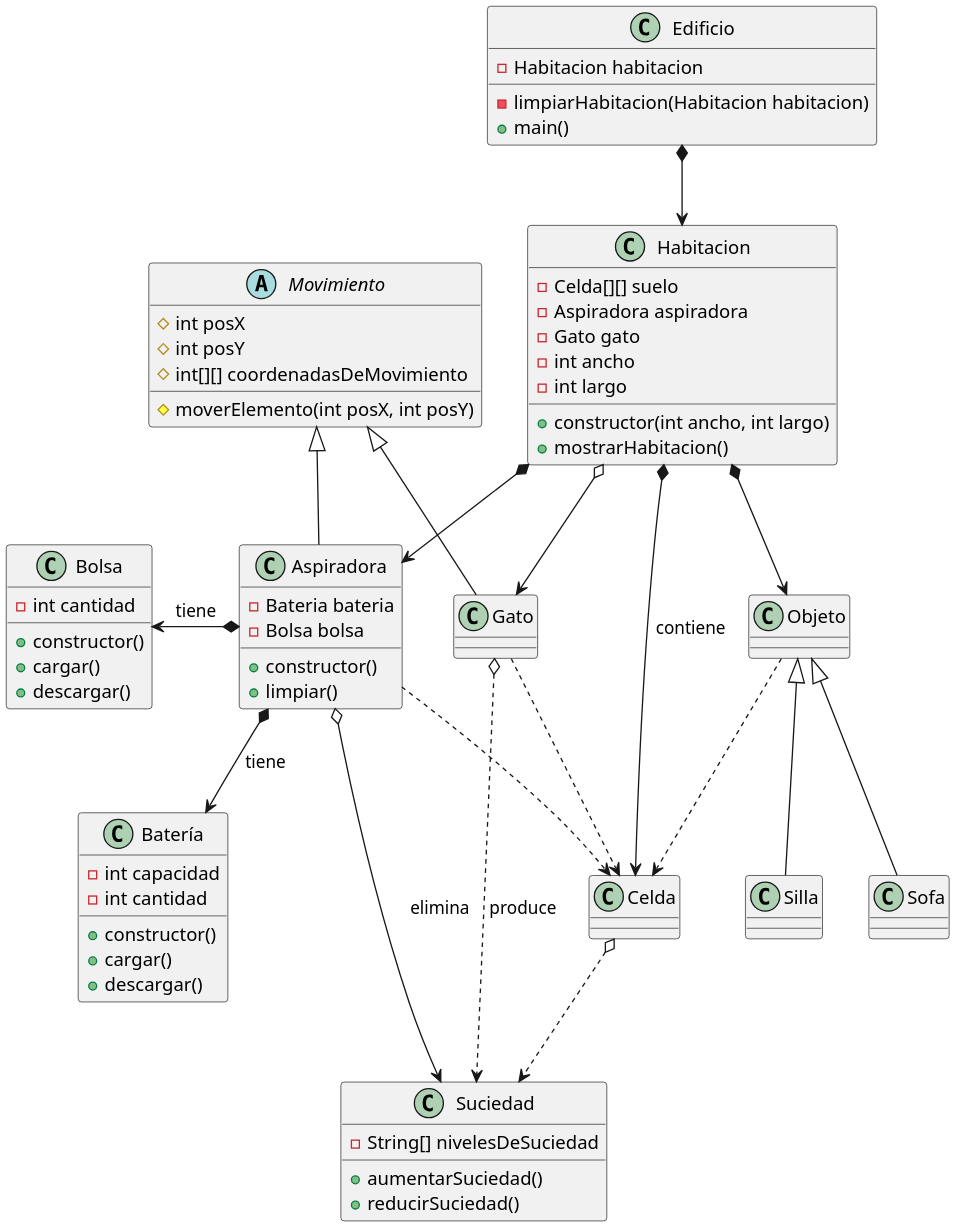
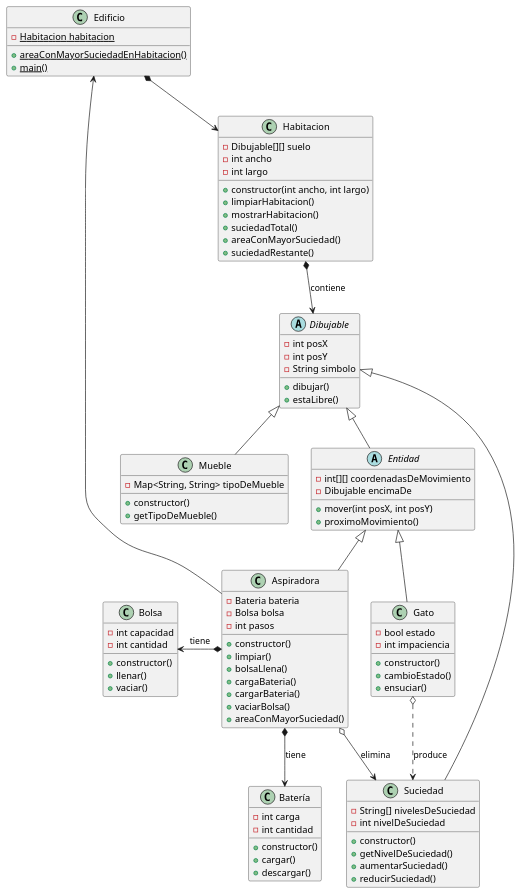
One commit to mmasias/idsw2 changed the diagram in docs/diagramaDeClases.plantuml. Above: the diagram before and after it, drawn with PlantUML. The commit also changed 1 other file, not shown here.

Commit message:
Avance de diagrama de clases, solo falta definir limpieza inteligente

```diff
--- a/docs/diagramaDeClases.plantuml
+++ b/docs/diagramaDeClases.plantuml
@@ -1,79 +1,99 @@
 @startuml
-scale 2
+scale 1
 class Edificio
 {
-    - Habitacion habitacion
-    - limpiarHabitacion(Habitacion habitacion)
-    + main()
+    - {static} Habitacion habitacion
+    + {static} areaConMayorSuciedadEnHabitacion()
+    + {static} main()
 }
 class Habitacion
 {
-    - Celda[][] suelo
-    - Aspiradora aspiradora
-    - Gato gato
+    - Dibujable[][] suelo
     - int ancho
     - int largo
     + constructor(int ancho, int largo)
+    + limpiarHabitacion()
     + mostrarHabitacion()
+    + suciedadTotal()
+    + areaConMayorSuciedad()
+    + suciedadRestante()
+}
 
+abstract class Dibujable{
+    - int posX
+    - int posY
+    - String simbolo
+    + dibujar()
+    + estaLibre()
 }
-abstract class Movimiento{
-    # int posX
-    # int posY
-    # int[][] coordenadasDeMovimiento
-    # moverElemento(int posX, int posY)
+
+abstract class Entidad extends Dibujable {
+    - int[][] coordenadasDeMovimiento
+    - Dibujable encimaDe
+    + mover(int posX, int posY)
+    + proximoMovimiento()
 }
-class Aspiradora{
+class Aspiradora extends Entidad{
     - Bateria bateria
     - Bolsa bolsa
+    - int pasos
     + constructor()
     + limpiar()
+    + bolsaLlena()
+    + cargaBateria()
+    + cargarBateria()
+    + vaciarBolsa()
+    + areaConMayorSuciedad()
 }
+
+class Gato extends Entidad{
+    - bool estado
+    - int impaciencia
+    + constructor()
+    + cambioEstado()
+    + ensuciar()
+}
+class Mueble extends Dibujable{
+    - Map<String, String> tipoDeMueble
+    + constructor()
+    + getTipoDeMueble()
+}
+
+class Suciedad extends Dibujable{
+    - String[] nivelesDeSuciedad
+    - int nivelDeSuciedad
+    + constructor()
+    + getNivelDeSuciedad()
+    + aumentarSuciedad()
+    + reducirSuciedad()
+}
+
 class Batería{
-    - int capacidad
+    - int carga
     - int cantidad
     + constructor()
     + cargar()
     + descargar()
 }
-class Gato
+
 class Bolsa{
+    - int capacidad
     - int cantidad
     + constructor()
-    + cargar()
-    + descargar()
+    + llenar()
+    + vaciar()
 }
-class Suciedad{
-    - String[] nivelesDeSuciedad
-    + aumentarSuciedad()
-    + reducirSuciedad()
-}
-class Objeto
-class Celda
-class Sofa
-class Silla
+
 
 Edificio *--> Habitacion
 
-Habitacion *--> Celda : contiene
-Habitacion *--> Aspiradora
-Habitacion o--> Gato
-Habitacion *--> Objeto
-
-Celda o..> Suciedad
+Habitacion *--> Dibujable : contiene
 
 Aspiradora o--> Suciedad : elimina
 Aspiradora *-l-> Bolsa : tiene
 Aspiradora *-d-> Batería : tiene
-Aspiradora ..> Celda
-Aspiradora -u-|> Movimiento
+Aspiradora -u-> Edificio
 
 Gato o..> Suciedad : produce
-Gato ..> Celda
-Gato -u-|> Movimiento
-
-Objeto <|-- Sofa
-Objeto <|-- Silla
-Objeto ..> Celda
 
 @enduml
```
